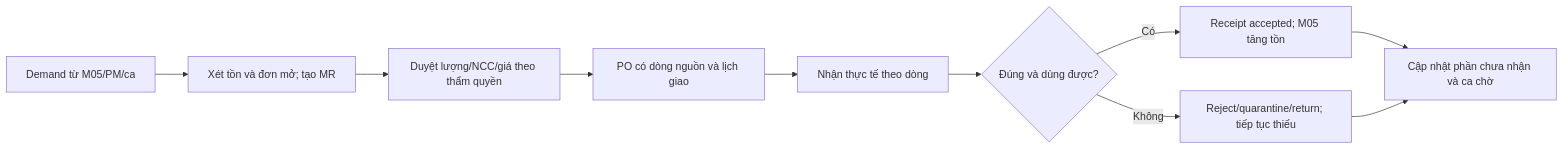
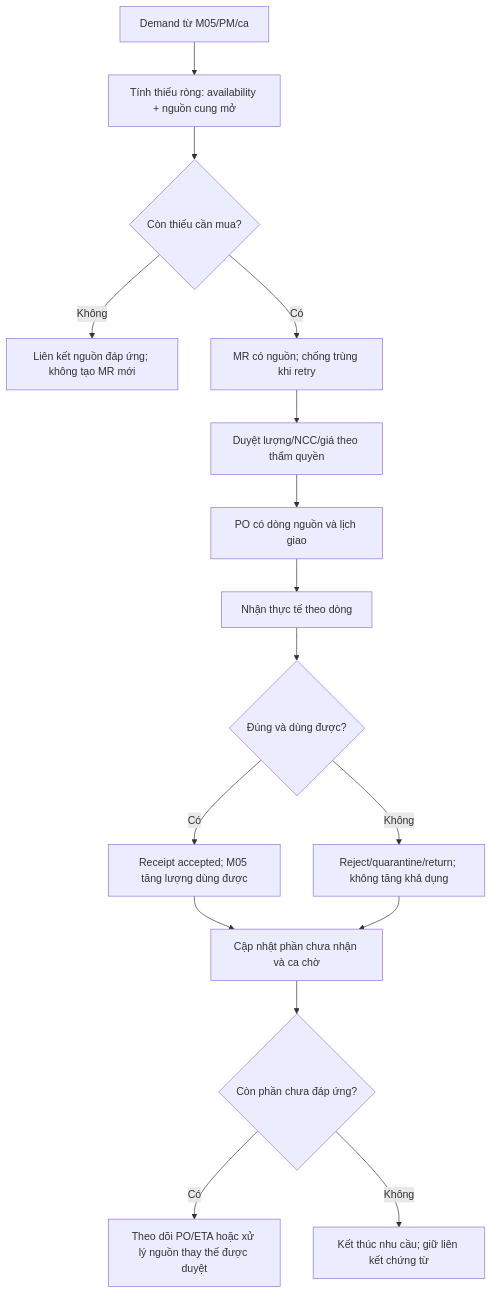
The diagram in docs/design/modules/m06_mua_hang_va_bo_sung.md (Baronger23/ERP.SmartHelpDesk), drawn with Mermaid before and after one commit. The commit also changed 70 other files, not shown here.

````diff
--- a/docs/design/modules/m06_mua_hang_va_bo_sung.md
+++ b/docs/design/modules/m06_mua_hang_va_bo_sung.md
@@ -30,12 +30,18 @@
 ```mermaid
-flowchart LR
-    A["Demand từ M05/PM/ca"] --> B["Xét tồn và đơn mở; tạo MR"]
-    B --> C["Duyệt lượng/NCC/giá theo thẩm quyền"]
+flowchart TD
+    A["Demand từ M05/PM/ca"] --> B["Tính thiếu ròng: availability + nguồn cung mở"]
+    B --> N{"Còn thiếu cần mua?"}
+    N -->|"Không"| O["Liên kết nguồn đáp ứng; không tạo MR mới"]
+    N -->|"Có"| MR["MR có nguồn; chống trùng khi retry"]
+    MR --> C["Duyệt lượng/NCC/giá theo thẩm quyền"]
     C --> D["PO có dòng nguồn và lịch giao"]
     D --> E["Nhận thực tế theo dòng"]
     E --> F{"Đúng và dùng được?"}
-    F -->|"Có"| G["Receipt accepted; M05 tăng tồn"]
-    F -->|"Không"| H["Reject/quarantine/return; tiếp tục thiếu"]
+    F -->|"Có"| G["Receipt accepted; M05 tăng lượng dùng được"]
+    F -->|"Không"| H["Reject/quarantine/return; không tăng khả dụng"]
     G --> I["Cập nhật phần chưa nhận và ca chờ"]
     H --> I
+    I --> P{"Còn phần chưa đáp ứng?"}
+    P -->|"Có"| Q["Theo dõi PO/ETA hoặc xử lý nguồn thay thế được duyệt"]
+    P -->|"Không"| R["Kết thúc nhu cầu; giữ liên kết chứng từ"]
 ```
````
